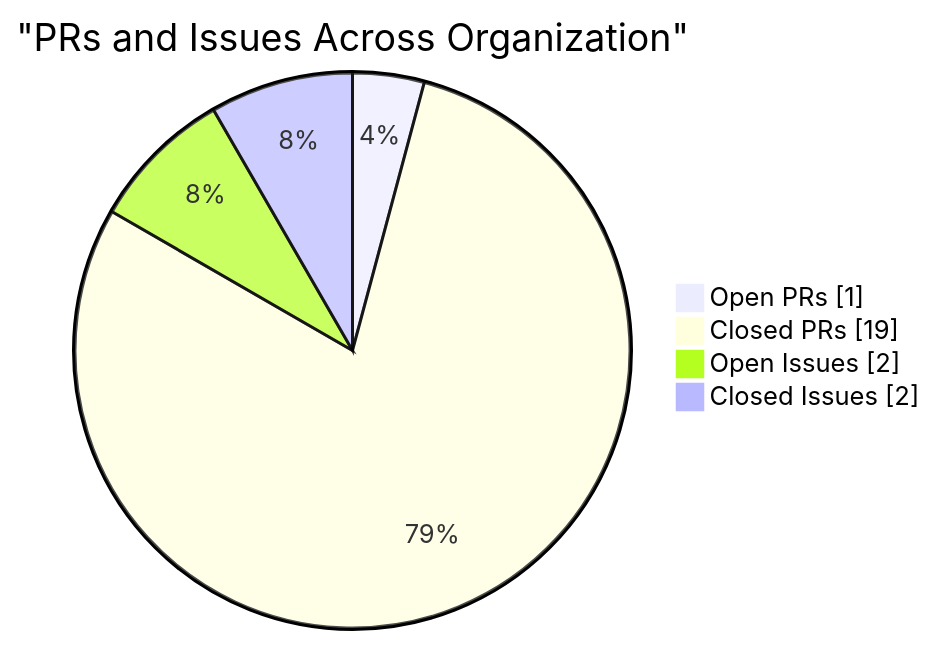
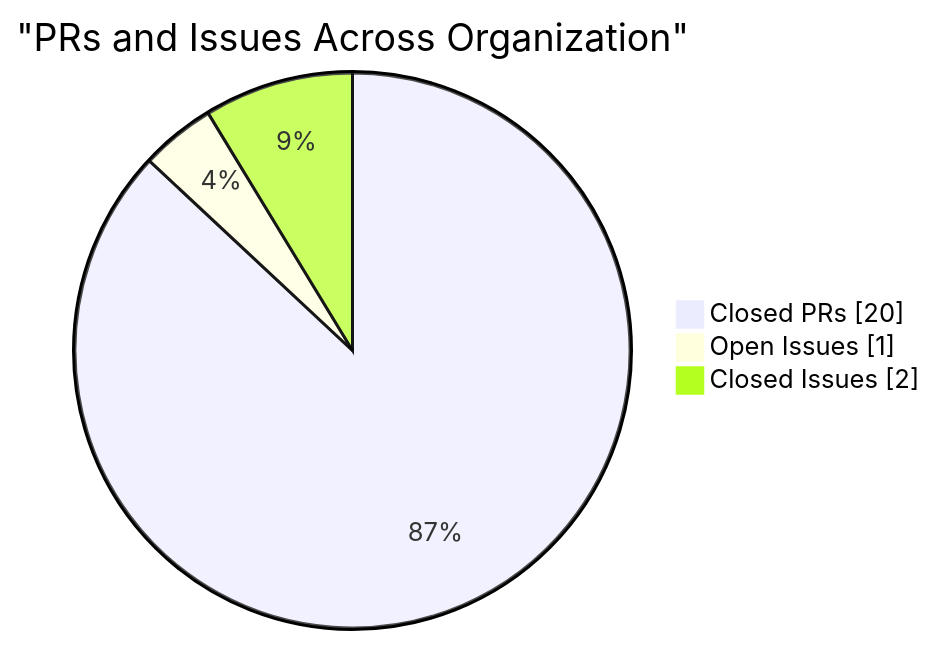
One commit to CSTH-Projects/.github changed the fourth of 4 diagrams in profile/README.md. Above: the diagram before and after it, drawn with Mermaid. The commit also changed other lines of this file, not shown here.

````diff
--- a/profile/README.md
+++ b/profile/README.md
@@ -97,8 +97,7 @@
 ```mermaid
 pie showData
     title "PRs and Issues Across Organization"
-    "Open PRs" : 1
-    "Closed PRs" : 19
-    "Open Issues" : 2
+    "Closed PRs" : 20
+    "Open Issues" : 1
     "Closed Issues" : 2
 ```
````
